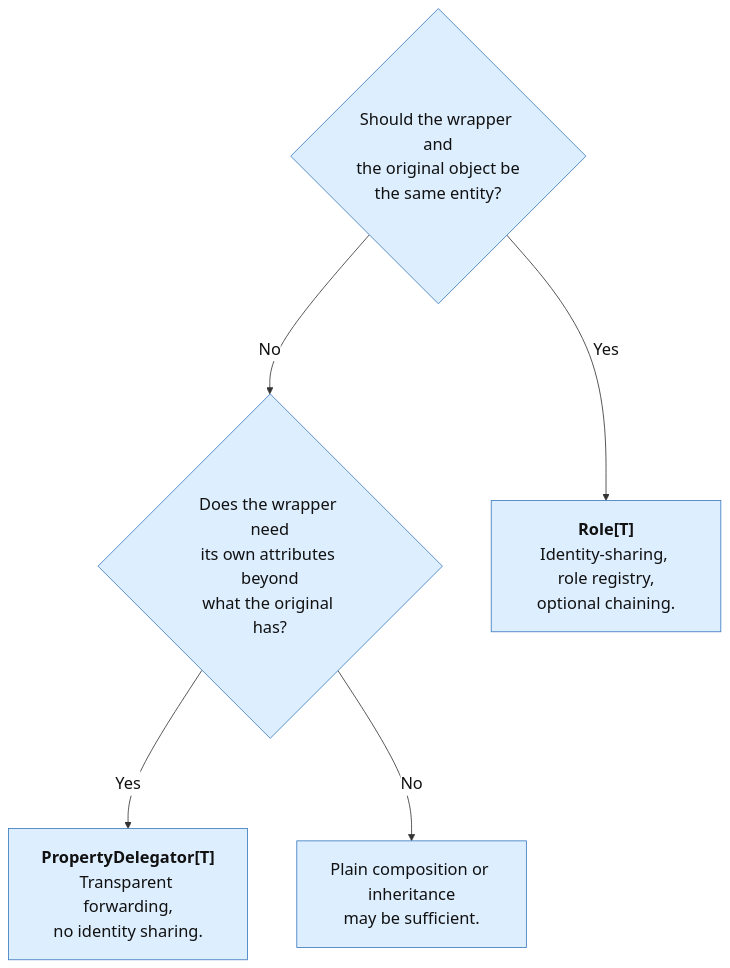
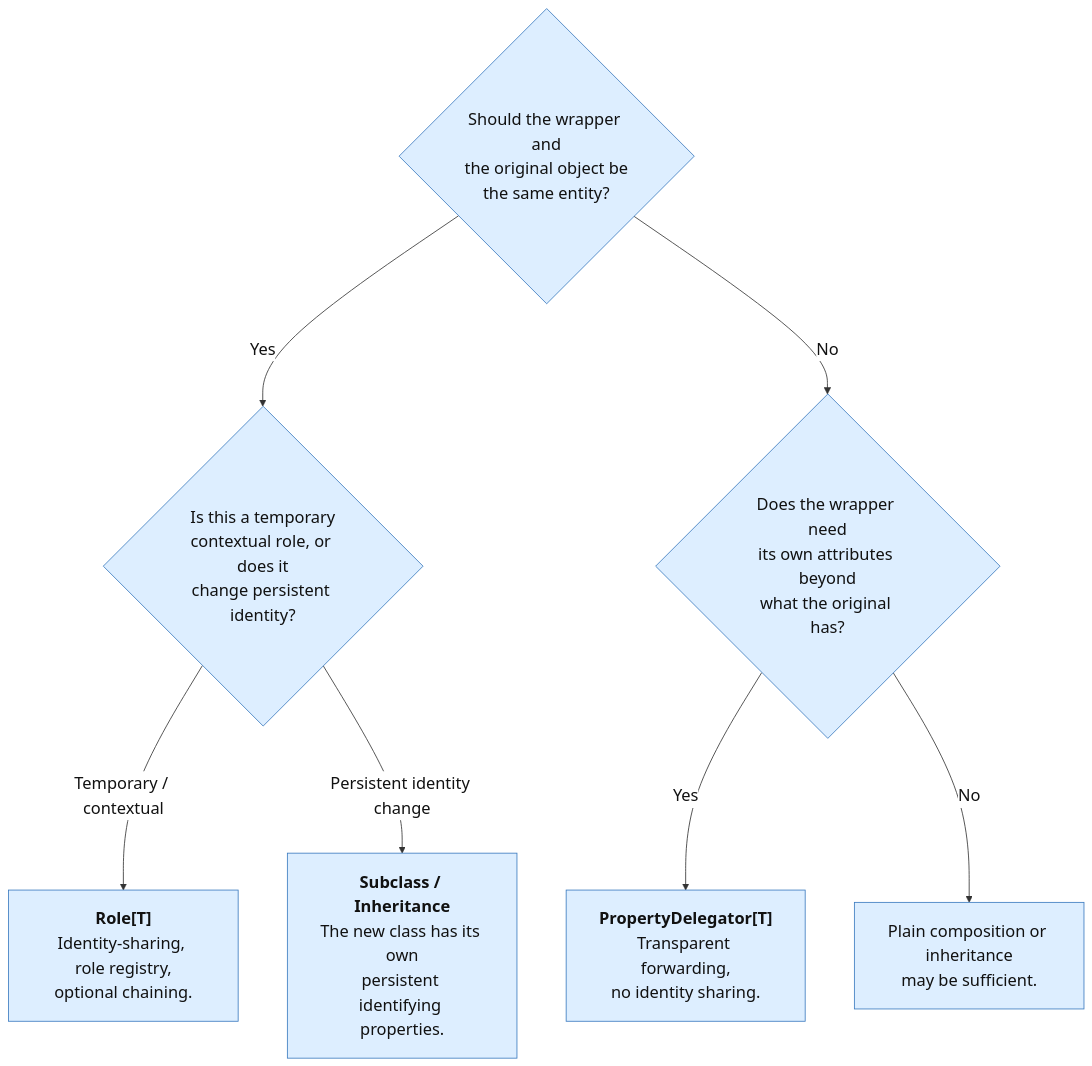
Before and after one commit to AbdelrhmanBassiouny/cognitive_robot_abstract_machine: the diagram in krrood/doc/patterns/role.md, drawn with Mermaid. The commit also changed other lines of this file and 3 other files, not shown here.

````diff
--- a/krrood/doc/patterns/role.md
+++ b/krrood/doc/patterns/role.md
@@ -347,14 +385,18 @@
 ```{mermaid}
 %%{init: {'theme': 'base', 'themeVariables': {'fontSize': '20px', 'lineColor': '#333333', 'primaryColor': '#ddeeff', 'primaryTextColor': '#111111', 'primaryBorderColor': '#3a7abf', 'edgeLabelBackground': '#ffffff'}, 'flowchart': {'nodeSpacing': 60, 'rankSpacing': 80, 'padding': 20}}}%%
 flowchart TD
     Q1{"Should the wrapper and<br/>the original object be<br/>the same entity?"}
-    Q2{"Does the wrapper need<br/>its own attributes beyond<br/>what the original has?"}
+    Q2{"Is this a temporary<br/>contextual role, or does it<br/>change persistent identity?"}
+    Q3{"Does the wrapper need<br/>its own attributes beyond<br/>what the original has?"}
     ROLE["<b>Role[T]</b><br/>Identity-sharing, role registry,<br/>optional chaining."]
+    SUBCLASS["<b>Subclass / Inheritance</b><br/>The new class has its own<br/>persistent identifying properties."]
     PD["<b>PropertyDelegator[T]</b><br/>Transparent forwarding,<br/>no identity sharing."]
     NEITHER["Plain composition or inheritance<br/>may be sufficient."]
 
-    Q1 -->|Yes| ROLE
-    Q1 -->|No| Q2
-    Q2 -->|Yes| PD
-    Q2 -->|No| NEITHER
+    Q1 -->|Yes| Q2
+    Q1 -->|No| Q3
+    Q2 -->|Temporary / contextual| ROLE
+    Q2 -->|Persistent identity change| SUBCLASS
+    Q3 -->|Yes| PD
+    Q3 -->|No| NEITHER
 ```
````
